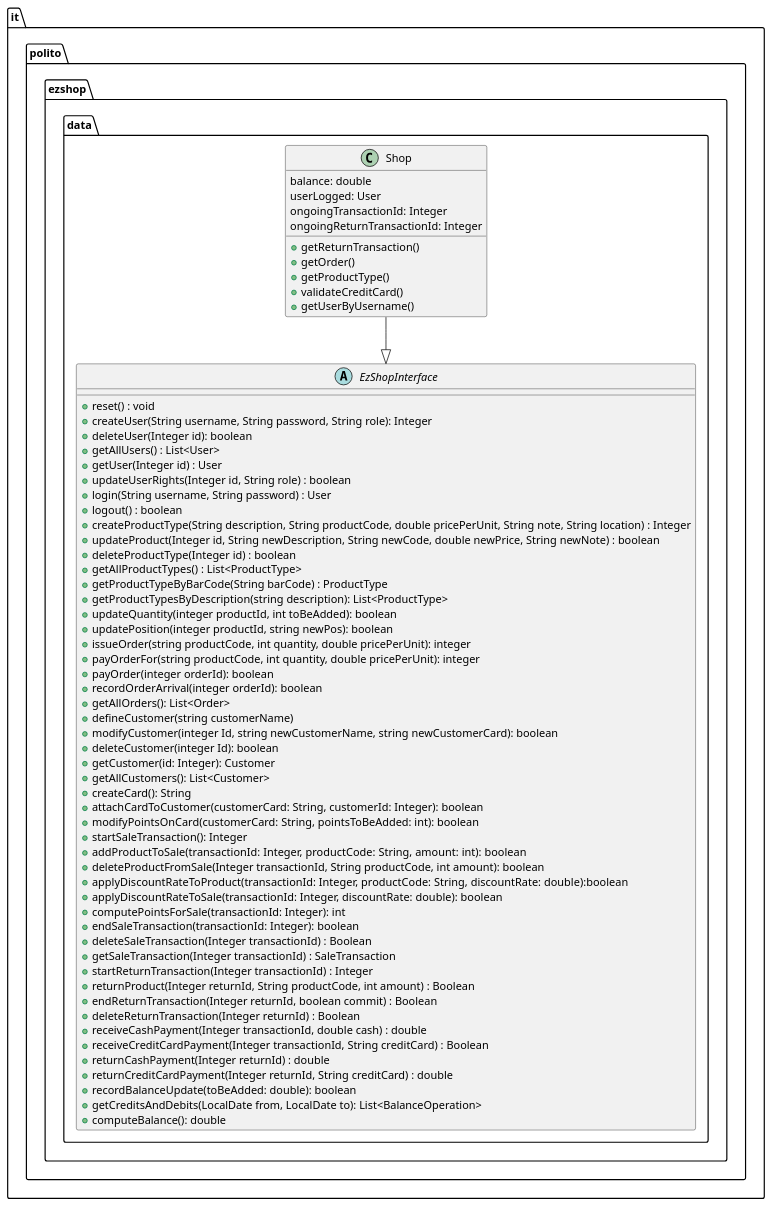
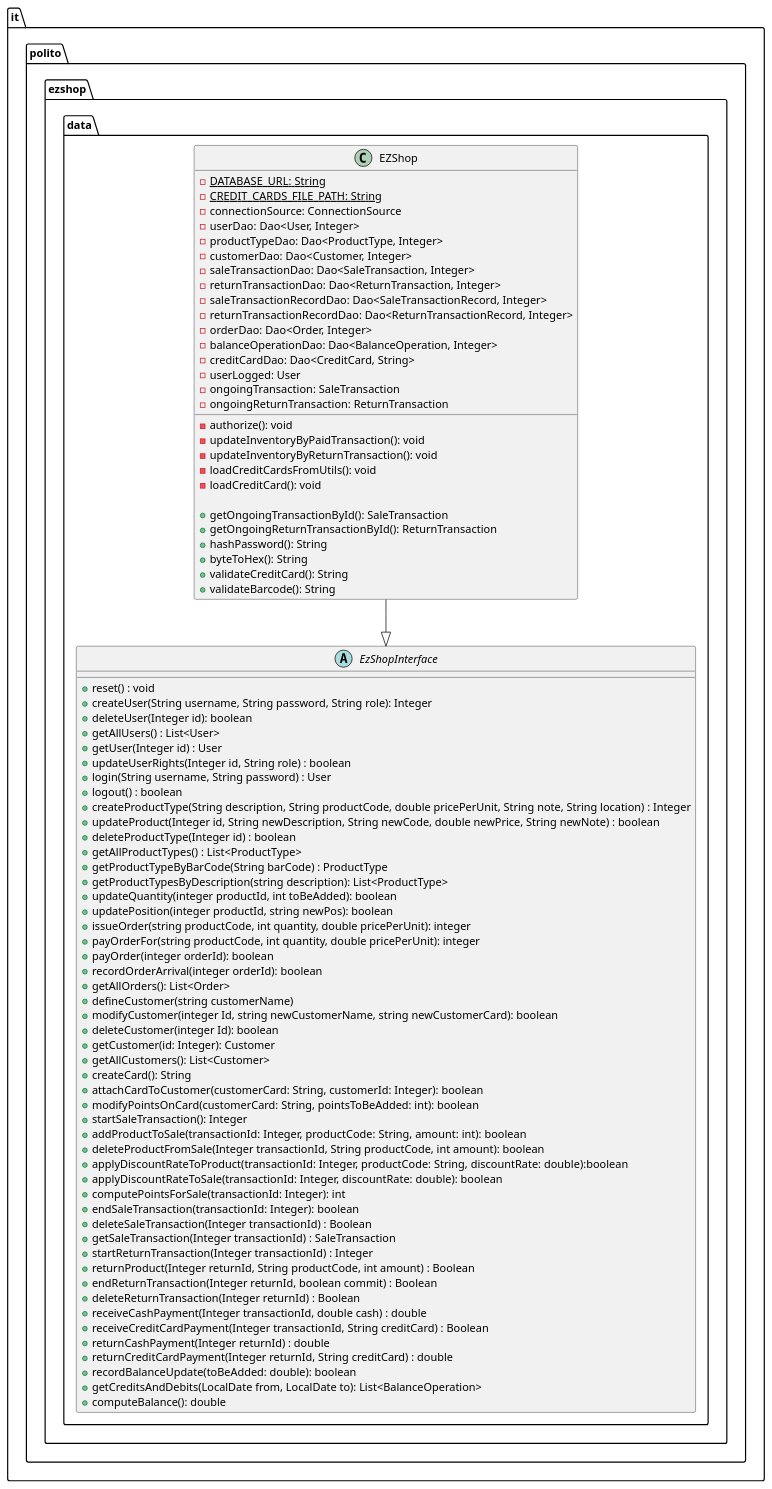
One commit to paocela/EzShop changed the second of 29 diagrams in Deliverables/DesignDocument.md. Above: the diagram before and after it, drawn with PlantUML. The commit also changed other lines of this file, not shown here.

Commit message:
fix(DesignDocument): Updated model design for EZShop, User, SaleTransaction, SaleTransactionRecord. Created model design for CreditCard.

````diff
--- a/Deliverables/DesignDocument.md
+++ b/Deliverables/DesignDocument.md
@@ -133,19 +133,39 @@
 
     }
     
-       class Shop {
-        balance: double
-        userLogged: User
-        ongoingTransactionId: Integer
-        ongoingReturnTransactionId: Integer
-
-        + getReturnTransaction()
-        + getOrder()
-        + getProductType()
-        + validateCreditCard()
-        + getUserByUsername()
+       class EZShop {
+        - {static} DATABASE_URL: String
+        - {static} CREDIT_CARDS_FILE_PATH: String
+        - connectionSource: ConnectionSource
+        - userDao: Dao<User, Integer>
+        - productTypeDao: Dao<ProductType, Integer>
+        - customerDao: Dao<Customer, Integer>
+        - saleTransactionDao: Dao<SaleTransaction, Integer>
+        - returnTransactionDao: Dao<ReturnTransaction, Integer>
+        - saleTransactionRecordDao: Dao<SaleTransactionRecord, Integer>
+        - returnTransactionRecordDao: Dao<ReturnTransactionRecord, Integer>
+        - orderDao: Dao<Order, Integer>
+        - balanceOperationDao: Dao<BalanceOperation, Integer>
+        - creditCardDao: Dao<CreditCard, String>
+        - userLogged: User
+        - ongoingTransaction: SaleTransaction
+        - ongoingReturnTransaction: ReturnTransaction
+        
+        - authorize(): void
+        - updateInventoryByPaidTransaction(): void
+        - updateInventoryByReturnTransaction(): void
+        - loadCreditCardsFromUtils(): void
+        - loadCreditCard(): void
+        
+        + getOngoingTransactionById(): SaleTransaction
+        + getOngoingReturnTransactionById(): ReturnTransaction
+        + hashPassword(): String
+        + byteToHex(): String
+        + validateCreditCard(): String
+        + validateBarcode(): String
+        
 
     } 
-    Shop --^ EzShopInterface
+    EZShop --^ EzShopInterface
 }
 ```
````
